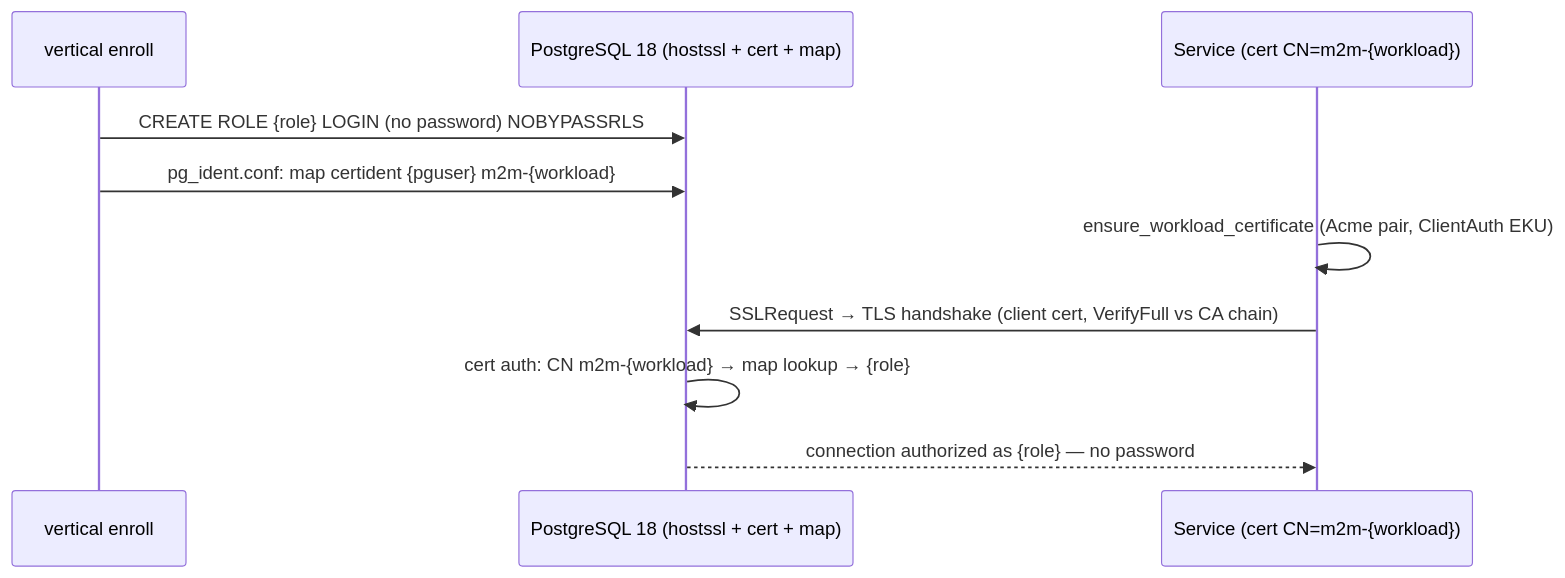
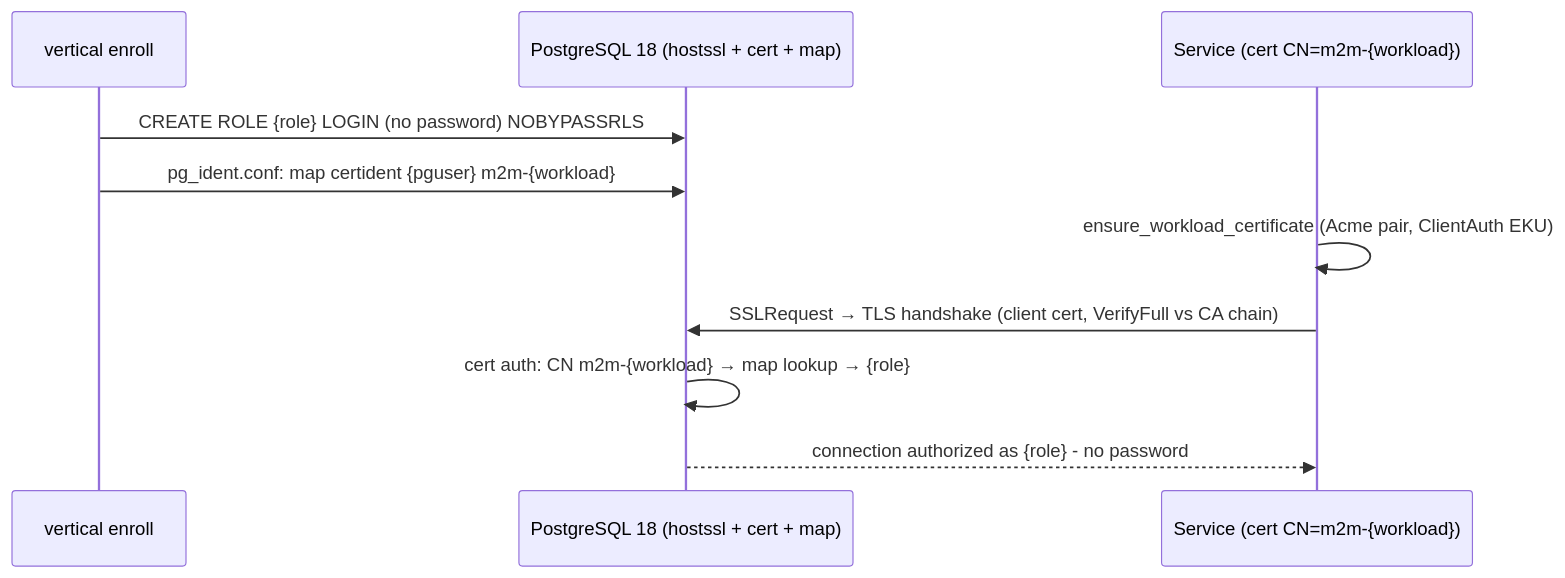
The third of 3 diagrams in DESIGN.md (Sentin8/sentin8), drawn with Mermaid before and after one commit. The commit also changed other lines of this file and 7 other files, not shown here.

````diff
--- a/DESIGN.md
+++ b/DESIGN.md
@@ -137,12 +137,12 @@
 ```mermaid
 sequenceDiagram
     participant E as vertical enroll
     participant PG as PostgreSQL 18 (hostssl + cert + map)
     participant W as Service (cert CN=m2m-{workload})
     E->>PG: CREATE ROLE {role} LOGIN (no password) NOBYPASSRLS
     E->>PG: pg_ident.conf: map certident {pguser} m2m-{workload}
     W->>W: ensure_workload_certificate (Acme pair, ClientAuth EKU)
     W->>PG: SSLRequest → TLS handshake (client cert, VerifyFull vs CA chain)
     PG->>PG: cert auth: CN m2m-{workload} → map lookup → {role}
-    PG-->>W: connection authorized as {role} — no password
+    PG-->>W: connection authorized as {role} - no password
 ```
````
